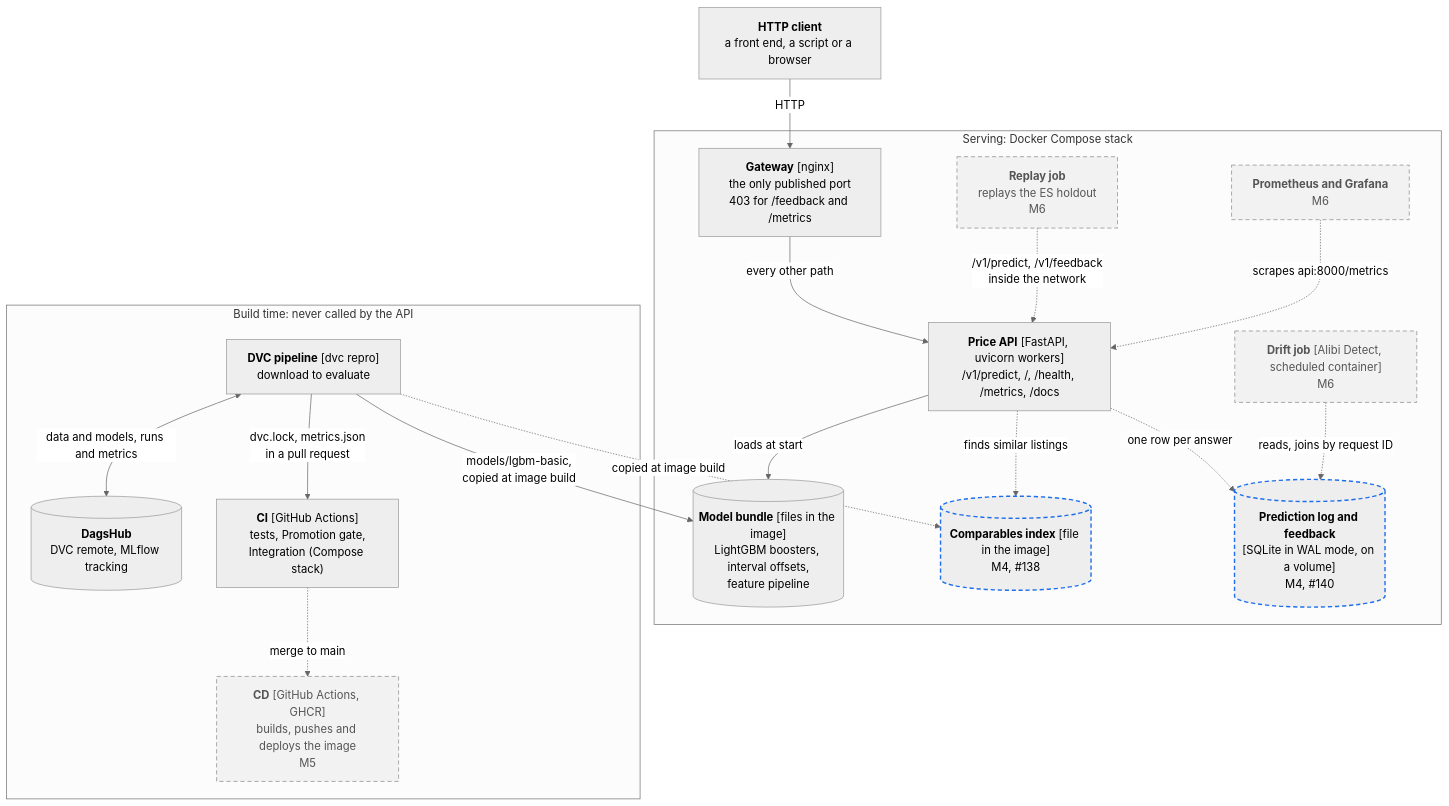
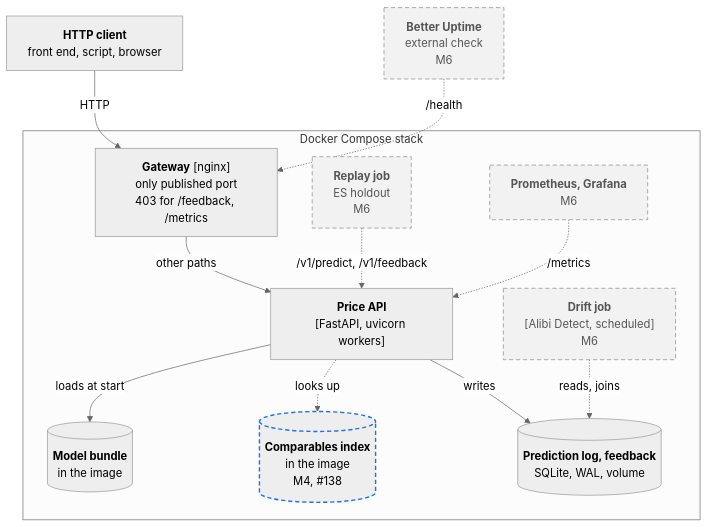
The first of 3 diagrams in docs/docs/architecture.md (mlops-2627q1-mds-upc/MLOPS_Recommenditos), drawn with Mermaid (neutral theme) before and after one commit. The commit also changed other lines of this file and 3 other files, not shown here.

Commit message:
docs: split the container view into runtime and delivery, render each diagram with its own ID, and bring the brief and NFR-09 up to date

````diff
--- a/docs/docs/architecture.md
+++ b/docs/docs/architecture.md
@@ -18,41 +24,31 @@
 ```mermaid
 flowchart TB
-    client["<b>HTTP client</b><br/>a front end, a script or a browser"]
+    client["<b>HTTP client</b><br/>front end, script, browser"]
+    uptime["<b>Better Uptime</b><br/>external check<br/>M6"]
 
-    subgraph serving["Serving: Docker Compose stack"]
-        proxy["<b>Gateway</b> [nginx]<br/>the only published port<br/>403 for /feedback and /metrics"]
-        api["<b>Price API</b> [FastAPI, uvicorn workers]<br/>/v1/predict, /, /health, /metrics, /docs"]
-        bundle[("<b>Model bundle</b> [files in the image]<br/>LightGBM boosters, interval offsets,<br/>feature pipeline")]
-        comparables[("<b>Comparables index</b> [file in the image]<br/>M4, #138")]
-        log[("<b>Prediction log and feedback</b><br/>[SQLite in WAL mode, on a volume]<br/>M4, #140")]
-        replay["<b>Replay job</b><br/>replays the ES holdout<br/>M6"]
-        drift["<b>Drift job</b> [Alibi Detect, scheduled container]<br/>M6"]
-        prom["<b>Prometheus and Grafana</b><br/>M6"]
-    end
-
-    subgraph buildtime["Build time: never called by the API"]
-        dvc["<b>DVC pipeline</b> [dvc repro]<br/>download to evaluate"]
-        dagshub[("<b>DagsHub</b><br/>DVC remote, MLflow tracking")]
-        ci["<b>CI</b> [GitHub Actions]<br/>tests, Promotion gate,<br/>Integration (Compose stack)"]
-        cd["<b>CD</b> [GitHub Actions, GHCR]<br/>builds, pushes and deploys the image<br/>M5"]
+    subgraph stack["Docker Compose stack"]
+        proxy["<b>Gateway</b> [nginx]<br/>only published port<br/>403 for /feedback, /metrics"]
+        replay["<b>Replay job</b><br/>ES holdout<br/>M6"]
+        prom["<b>Prometheus, Grafana</b><br/>M6"]
+        api["<b>Price API</b><br/>[FastAPI, uvicorn workers]"]
+        drift["<b>Drift job</b><br/>[Alibi Detect, scheduled]<br/>M6"]
+        bundle[("<b>Model bundle</b><br/>in the image")]
+        comparables[("<b>Comparables index</b><br/>in the image<br/>M4, #138")]
+        log[("<b>Prediction log, feedback</b><br/>SQLite, WAL, volume")]
     end
 
     client -->|"HTTP"| proxy
-    proxy -->|"every other path"| api
+    uptime -.->|"/health"| proxy
+    proxy -->|"other paths"| api
+    replay -.->|"/v1/predict, /v1/feedback"| api
+    prom -.->|"/metrics"| api
     api -->|"loads at start"| bundle
-    api -.->|"finds similar listings"| comparables
-    api -.->|"one row per answer"| log
-    replay -.->|"/v1/predict, /v1/feedback<br/>inside the network"| api
-    prom -.->|"scrapes api:8000/metrics"| api
-    drift -.->|"reads, joins by request ID"| log
-    dvc <-->|"data and models, runs and metrics"| dagshub
-    dvc -->|"models/lgbm-basic,<br/>copied at image build"| bundle
-    dvc -.->|"copied at image build"| comparables
-    dvc -->|"dvc.lock, metrics.json<br/>in a pull request"| ci
-    ci -.->|"merge to main"| cd
+    api -.->|"looks up"| comparables
+    api -->|"writes"| log
+    drift -.->|"reads, joins"| log
 
     classDef m4 stroke:#1f6feb,stroke-width:2px,stroke-dasharray:6 4
     classDef later fill:#f2f2f2,stroke:#888,color:#555,stroke-dasharray:6 4
-    class comparables,log m4
-    class replay,drift,prom,cd later
+    class comparables m4
+    class uptime,replay,prom,drift later
 ```
````
